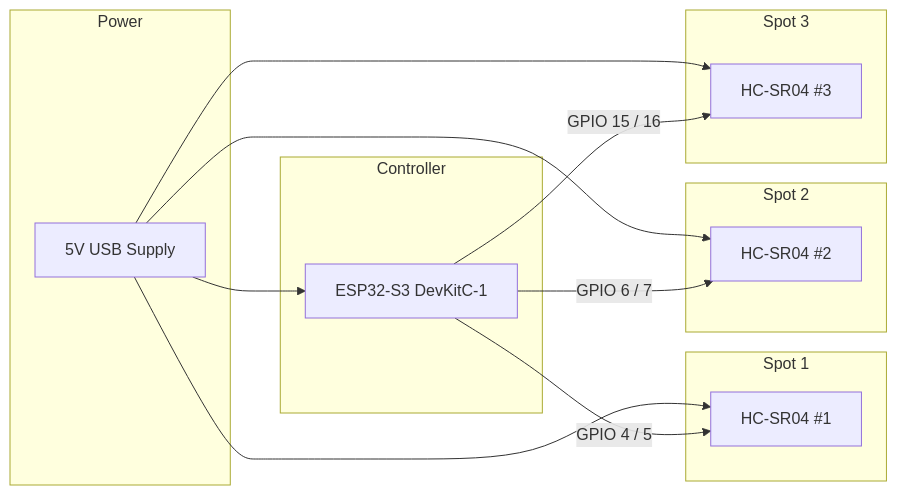
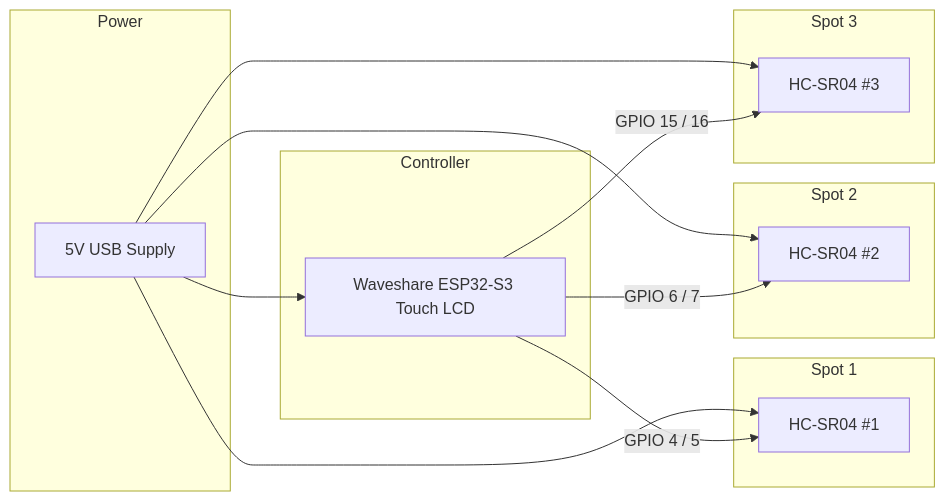
One commit to dwisnowski/PerfectPark changed the first of 3 diagrams in docs/wiring.md. Above: the diagram before and after it, drawn with Mermaid. The commit also changed other lines of this file and 6 other files, not shown here.

````diff
--- a/docs/wiring.md
+++ b/docs/wiring.md
@@ -12,31 +12,31 @@
 ```mermaid
 flowchart LR
     subgraph Power
         USB[5V USB Supply]
     end
 
     subgraph Controller
-        ESP[ESP32-S3 DevKitC-1]
+        ESP[Waveshare ESP32-S3 Touch LCD]
     end
 
     subgraph Spot1[Spot 1]
         S1[HC-SR04 #1]
     end
 
     subgraph Spot2[Spot 2]
         S2[HC-SR04 #2]
     end
 
     subgraph Spot3[Spot 3]
         S3[HC-SR04 #3]
     end
 
     USB --> ESP
     USB --> S1
     USB --> S2
     USB --> S3
 
     ESP -->|GPIO 4 / 5| S1
     ESP -->|GPIO 6 / 7| S2
     ESP -->|GPIO 15 / 16| S3
 ```
````
